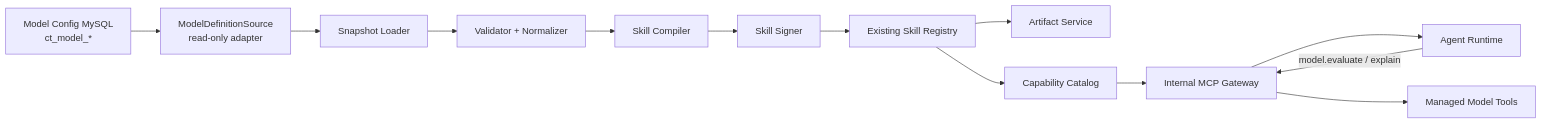
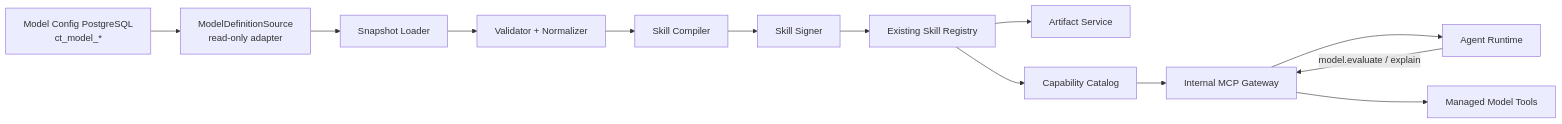
The diagram in docs/architecture/system/24 Model Skill 转换服务.md (sushaofei/AuraClaw), drawn with Mermaid before and after one commit. The commit also changed other lines of this file and 103 other files, not shown here.

Commit message:
Complete Skill administration and PostgreSQL-only storage

````diff
--- a/docs/architecture/system/24 Model Skill 转换服务.md
+++ b/docs/architecture/system/24 Model Skill 转换服务.md
@@ -129,20 +129,20 @@
 ```mermaid
 flowchart LR
-    MYSQL["Model Config MySQL<br/>ct_model_*"]
+    PG["Model Config PostgreSQL<br/>ct_model_*"]
     SRC["ModelDefinitionSource<br/>read-only adapter"]
     LOAD["Snapshot Loader"]
     VAL["Validator + Normalizer"]
     COMP["Skill Compiler"]
     SIGN["Skill Signer"]
     REG["Existing Skill Registry"]
     ART["Artifact Service"]
     CAT["Capability Catalog"]
     MCP["Internal MCP Gateway"]
     RT["Agent Runtime"]
     EXEC["Managed Model Tools"]
 
-    MYSQL --> SRC --> LOAD --> VAL --> COMP --> SIGN --> REG
+    PG --> SRC --> LOAD --> VAL --> COMP --> SIGN --> REG
     REG --> ART
     REG --> CAT --> MCP --> RT
     RT -->|"model.evaluate / explain"| MCP --> EXEC
 ```
````
